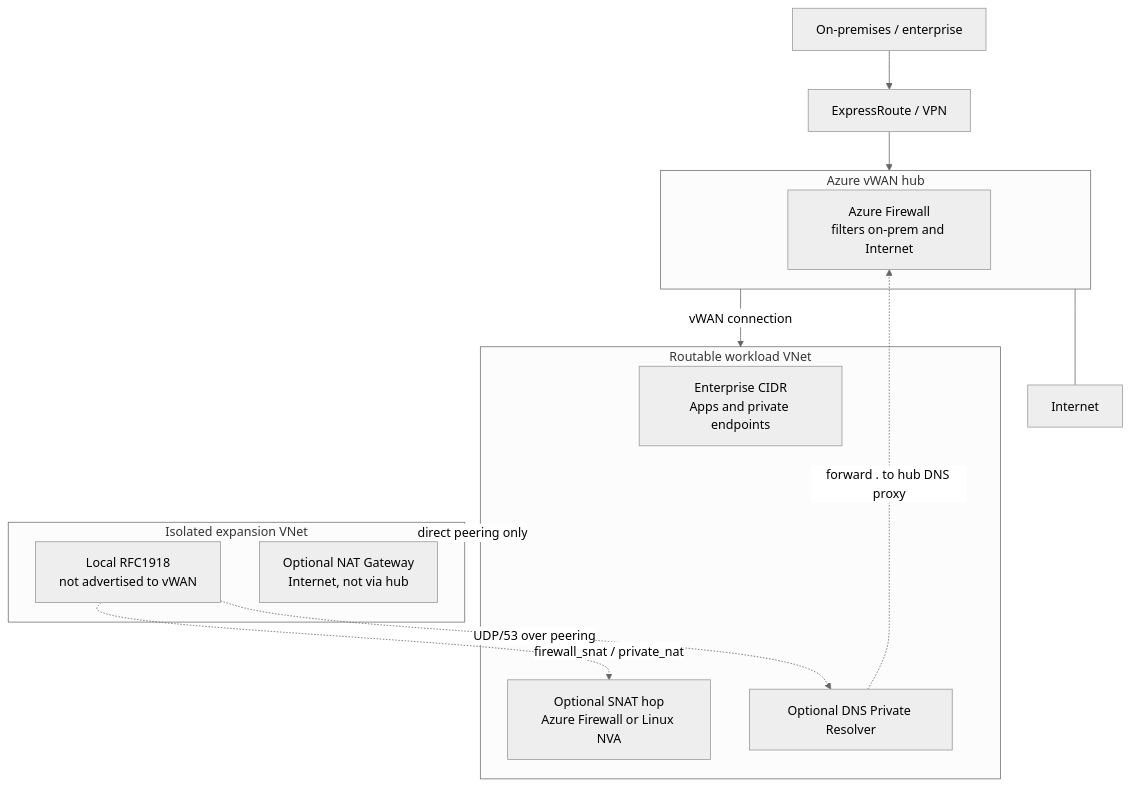
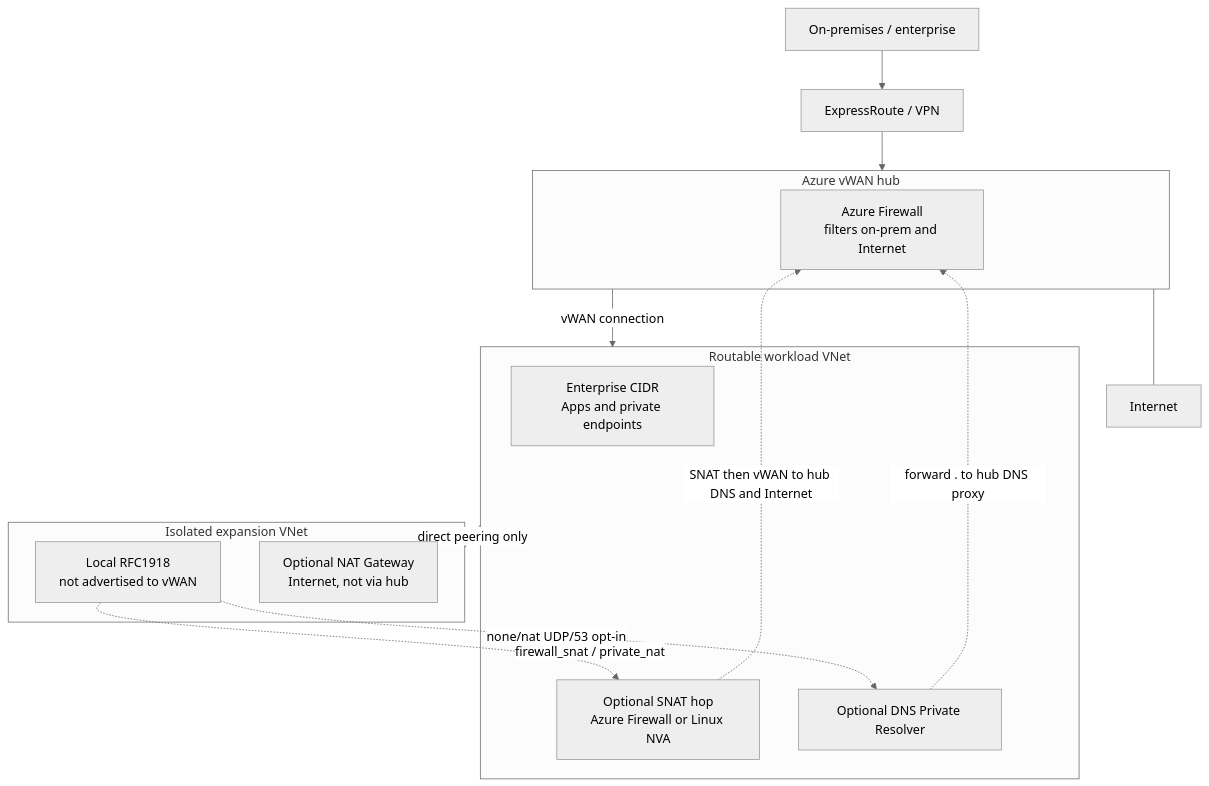
The diagram in isolated_expansion_vnet/README.md (bcgov/azure-lz-terraform-modules), drawn with Mermaid (neutral theme) before and after one commit. The commit also changed other lines of this file and 14 other files, not shown here.

First line of the commit message:
Give firewall_snat and private_nat a hub path and hub firewall DNS.

````diff
--- a/isolated_expansion_vnet/README.md
+++ b/isolated_expansion_vnet/README.md
@@ -23,30 +23,31 @@
 ```mermaid
 flowchart TB
   ONPREM["On-premises / enterprise"]
   ER["ExpressRoute / VPN"]
 
   subgraph hub["Azure vWAN hub"]
     HUBFW["Azure Firewall<br/>filters on-prem and Internet"]
   end
 
   INTERNET["Internet"]
 
   subgraph spoke["Routable workload VNet"]
     APPS["Enterprise CIDR<br/>Apps and private endpoints"]
     SNAT["Optional SNAT hop<br/>Azure Firewall or Linux NVA"]
     DNS["Optional DNS Private Resolver"]
   end
 
   subgraph expansion["Isolated expansion VNet"]
     WORK["Local RFC1918<br/>not advertised to vWAN"]
     NAT["Optional NAT Gateway<br/>Internet, not via hub"]
   end
 
   ONPREM --> ER --> hub
   hub --- INTERNET
   hub -->|"vWAN connection"| spoke
   spoke ---|"direct peering only"| expansion
   WORK -.->|"firewall_snat / private_nat"| SNAT
-  WORK -.->|"UDP/53 over peering"| DNS
+  SNAT -.->|"SNAT then vWAN to hub DNS and Internet"| HUBFW
+  WORK -.->|"none/nat UDP/53 opt-in"| DNS
   DNS -.->|"forward . to hub DNS proxy"| HUBFW
 ```
````
